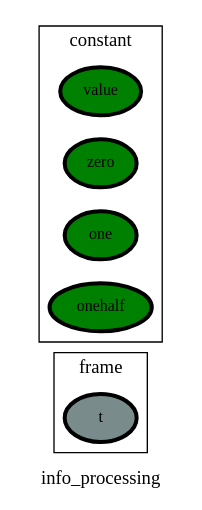
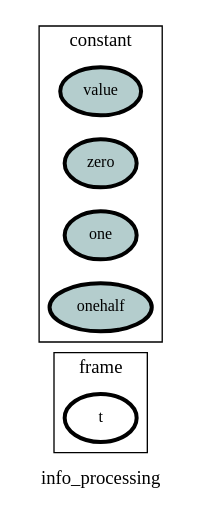
The diagram in ontology_graphs/graph__info_processing.dot (heinz-preisig/processes_distributed_no_interface_eqs), drawn with Graphviz before and after one commit. The commit also changed 56 other files, not shown here.

```diff
--- a/ontology_graphs/graph__info_processing.dot
+++ b/ontology_graphs/graph__info_processing.dot
@@ -1,29 +1,29 @@
 digraph info_processing {
 label=info_processing;
 rankdir=LR;
 subgraph cluster_info_processing___network {
 label=network;
 rankdir=LR;
 }
 
 subgraph cluster_info_processing___frame {
 label=frame;
 rankdir=LR;
-V_5 [fillcolor=lightcyan4, fontsize=12, label=t, penwidth=3, style=filled];
+V_5 [fillcolor=white, fontsize=12, label=t, penwidth=3, style=filled];
 }
 
 subgraph cluster_info_processing___state {
 label=state;
 rankdir=LR;
 }
 
 subgraph cluster_info_processing___constant {
 label=constant;
 rankdir=LR;
-V_1 [fillcolor=green, fontsize=12, label=value, penwidth=3, style=filled];
-V_2 [fillcolor=green, fontsize=12, label=zero, penwidth=3, style=filled];
-V_3 [fillcolor=green, fontsize=12, label=one, penwidth=3, style=filled];
-V_4 [fillcolor=green, fontsize=12, label=onehalf, penwidth=3, style=filled];
+V_1 [fillcolor=lightcyan3, fontsize=12, label=value, penwidth=3, style=filled];
+V_2 [fillcolor=lightcyan3, fontsize=12, label=zero, penwidth=3, style=filled];
+V_3 [fillcolor=lightcyan3, fontsize=12, label=one, penwidth=3, style=filled];
+V_4 [fillcolor=lightcyan3, fontsize=12, label=onehalf, penwidth=3, style=filled];
 }
 
 }
```
